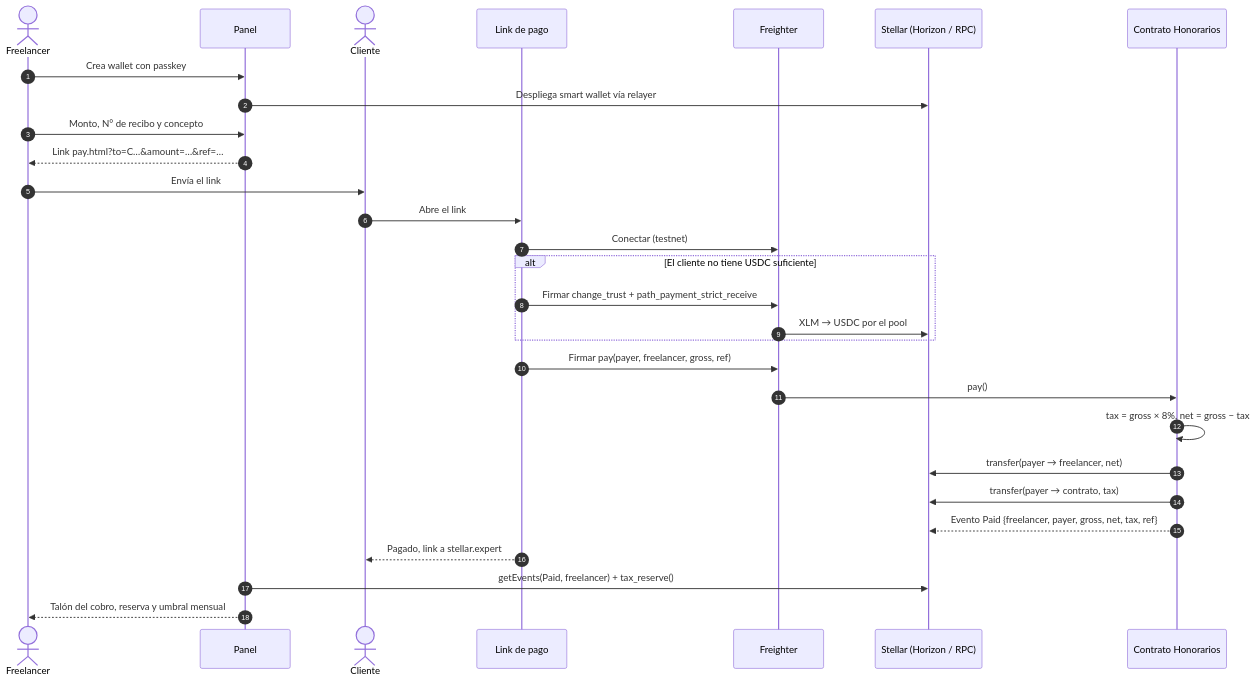
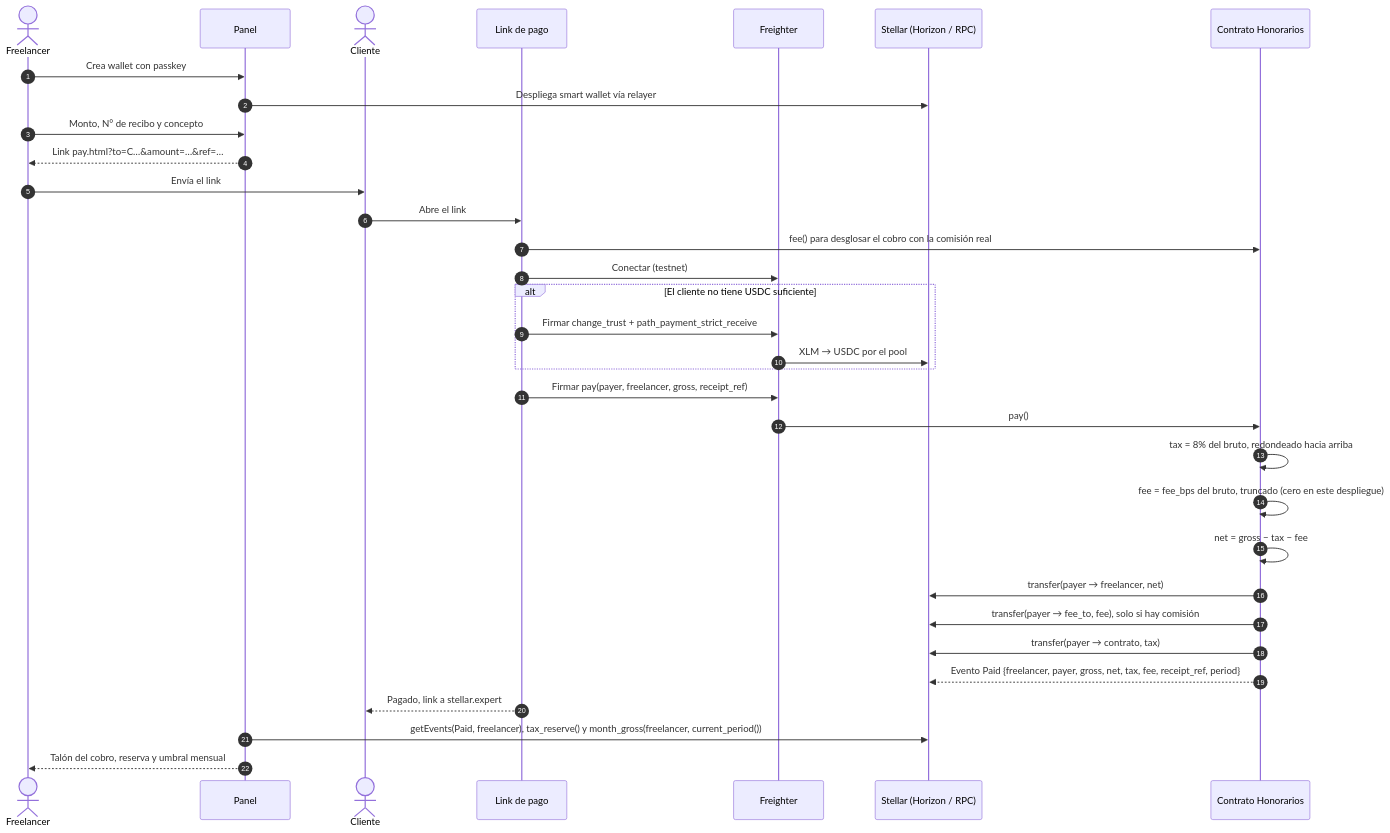
Before and after one commit to kasbsquall/honorarios: the second of 3 diagrams in docs/arquitectura.md, drawn with Mermaid. The commit also changed other lines of this file and 18 other files, not shown here.

````diff
--- a/docs/arquitectura.md
+++ b/docs/arquitectura.md
@@ -32,32 +32,36 @@
 ```mermaid
 sequenceDiagram
   autonumber
   actor FL as Freelancer
   participant D as Panel
   actor CL as Cliente
   participant PG as Link de pago
   participant W as Freighter
   participant N as Stellar (Horizon / RPC)
   participant H as Contrato Honorarios
 
   FL->>D: Crea wallet con passkey
   D->>N: Despliega smart wallet vía relayer
   FL->>D: Monto, N° de recibo y concepto
   D-->>FL: Link pay.html?to=C…&amount=…&ref=…
   FL->>CL: Envía el link
   CL->>PG: Abre el link
+  PG->>H: fee() para desglosar el cobro con la comisión real
   PG->>W: Conectar (testnet)
   alt El cliente no tiene USDC suficiente
     PG->>W: Firmar change_trust + path_payment_strict_receive
     W->>N: XLM → USDC por el pool
   end
-  PG->>W: Firmar pay(payer, freelancer, gross, ref)
+  PG->>W: Firmar pay(payer, freelancer, gross, receipt_ref)
   W->>H: pay()
-  H->>H: tax = gross × 8%, net = gross − tax
+  H->>H: tax = 8% del bruto, redondeado hacia arriba
+  H->>H: fee = fee_bps del bruto, truncado (cero en este despliegue)
+  H->>H: net = gross − tax − fee
   H->>N: transfer(payer → freelancer, net)
+  H->>N: transfer(payer → fee_to, fee), solo si hay comisión
   H->>N: transfer(payer → contrato, tax)
-  H-->>N: Evento Paid {freelancer, payer, gross, net, tax, ref}
+  H-->>N: Evento Paid {freelancer, payer, gross, net, tax, fee, receipt_ref, period}
   PG-->>CL: Pagado, link a stellar.expert
-  D->>N: getEvents(Paid, freelancer) + tax_reserve()
+  D->>N: getEvents(Paid, freelancer), tax_reserve() y month_gross(freelancer, current_period())
   D-->>FL: Talón del cobro, reserva y umbral mensual
 ```
````
